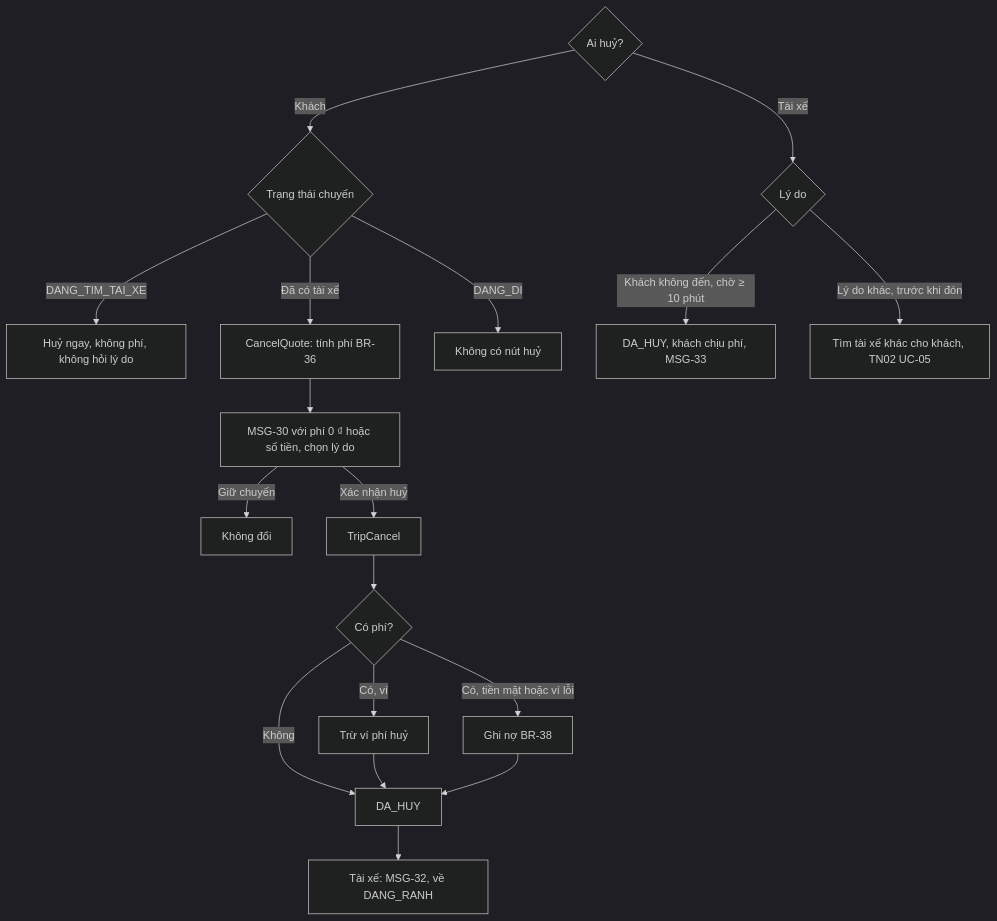
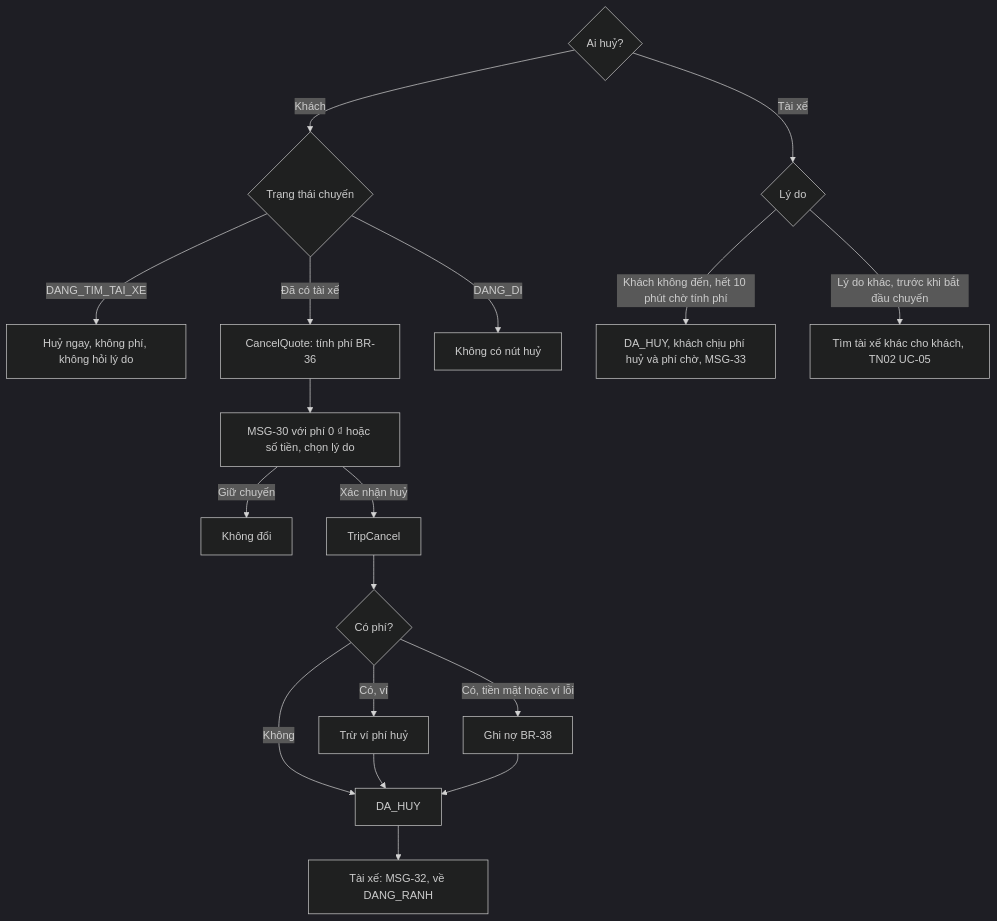
Before and after one commit to uxfoundation-vn/de04-dat-xe-cong-nghe: the third of 6 diagrams in docs/TN04-thanh-toan-danh-gia-huy/SRS.md, drawn with Mermaid (dark theme). The commit also changed other lines of this file and 7 other files, not shown here.

````diff
--- a/docs/TN04-thanh-toan-danh-gia-huy/SRS.md
+++ b/docs/TN04-thanh-toan-danh-gia-huy/SRS.md
@@ -139,18 +140,18 @@
 ```mermaid
 flowchart TD
   A{"Ai huỷ?"} -->|Khách| B{"Trạng thái chuyến"}
   B -->|DANG_TIM_TAI_XE| C["Huỷ ngay, không phí, không hỏi lý do"]
   B -->|Đã có tài xế| D["CancelQuote: tính phí BR-36"]
   D --> E["MSG-30 với phí 0 ₫ hoặc số tiền, chọn lý do"]
   E -->|Giữ chuyến| F["Không đổi"]
   E -->|Xác nhận huỷ| G["TripCancel"]
   G --> H{"Có phí?"}
   H -->|Không| I["DA_HUY"]
   H -->|Có, ví| J["Trừ ví phí huỷ"] --> I
   H -->|Có, tiền mặt hoặc ví lỗi| K["Ghi nợ BR-38"] --> I
   I --> L["Tài xế: MSG-32, về DANG_RANH"]
   A -->|Tài xế| M{"Lý do"}
-  M -->|Khách không đến, chờ ≥ 10 phút| N["DA_HUY, khách chịu phí, MSG-33"]
-  M -->|Lý do khác, trước khi đón| O["Tìm tài xế khác cho khách, TN02 UC-05"]
+  M -->|Khách không đến, hết 10 phút chờ tính phí| N["DA_HUY, khách chịu phí huỷ và phí chờ, MSG-33"]
+  M -->|Lý do khác, trước khi bắt đầu chuyến| O["Tìm tài xế khác cho khách, TN02 UC-05"]
   B -->|DANG_DI| P["Không có nút huỷ"]
 ```
````
